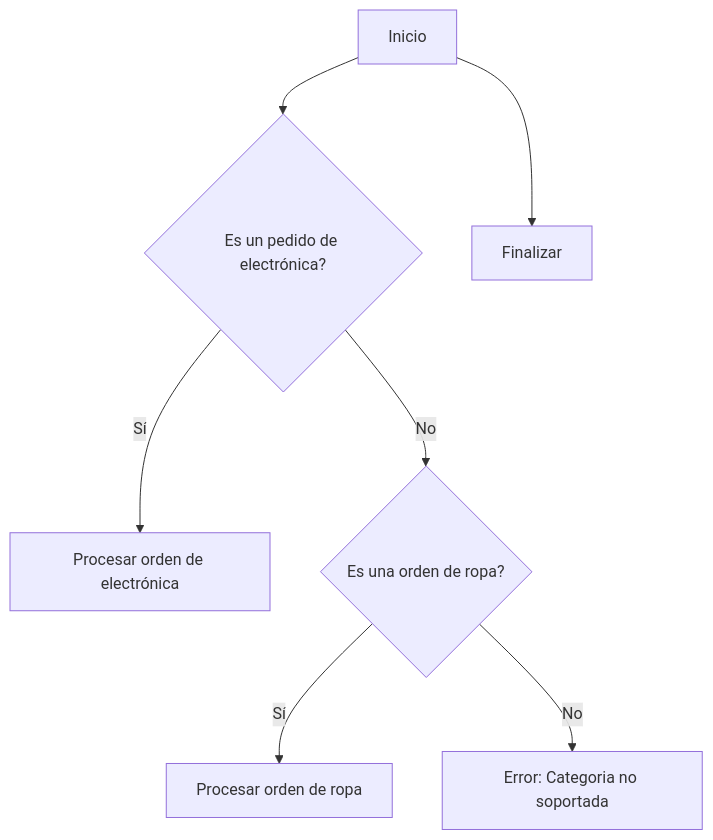
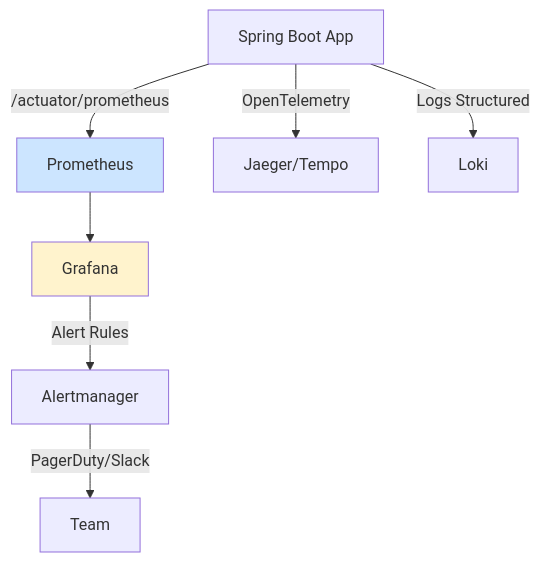
Before and after one commit to Joaquinriosheredia/DAM-Java-Mastery: the fourth of 7 diagrams in _Review/arquitectura_ecommerce_de_alta_escalabilidad/arquitectura_ecommerce_de_alta_escalabilidad.md, drawn with Mermaid. The commit also changed other lines of this file, not shown here.

````diff
--- a/_Review/arquitectura_ecommerce_de_alta_escalabilidad/arquitectura_ecommerce_de_alta_escalabilidad.md
+++ b/_Review/arquitectura_ecommerce_de_alta_escalabilidad/arquitectura_ecommerce_de_alta_escalabilidad.md
@@ -251,9 +295,12 @@
 ```mermaid
 graph TD
-    A[Inicio] --> B{Es un pedido de electrónica?}
-    B -->|Sí| C[Procesar orden de electrónica]
-    B -->|No| D{Es una orden de ropa?}
-    D -->|Sí| E[Procesar orden de ropa]
-    D -->|No| F[Error: Categoria no soportada]
-    A --> G[Finalizar]
+    APP[Spring Boot App] -->|/actuator/prometheus| PROM[Prometheus]
+    APP -->|OpenTelemetry| JAEGER[Jaeger/Tempo]
+    APP -->|Logs Structured| LOKI[Loki]
+    PROM --> GRAF[Grafana]
+    GRAF -->|Alert Rules| ALERT[Alertmanager]
+    ALERT -->|PagerDuty/Slack| SRE[Team]
+    
+    style PROM fill:#cce5ff
+    style GRAF fill:#fff3cd
 ```
````
